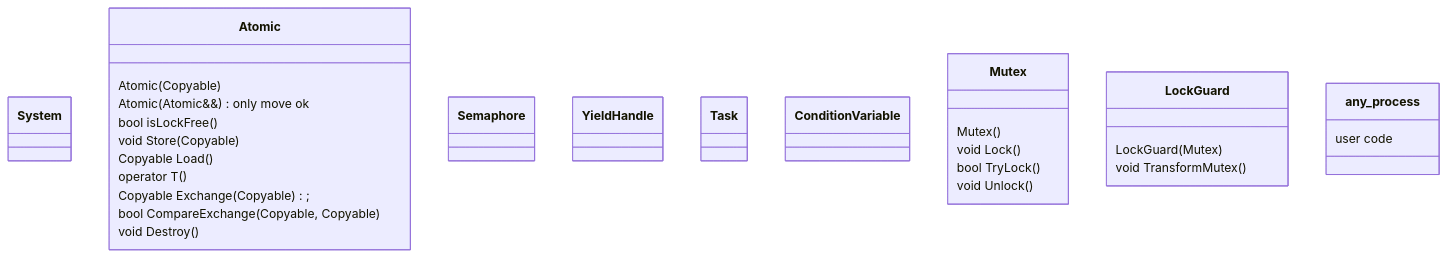
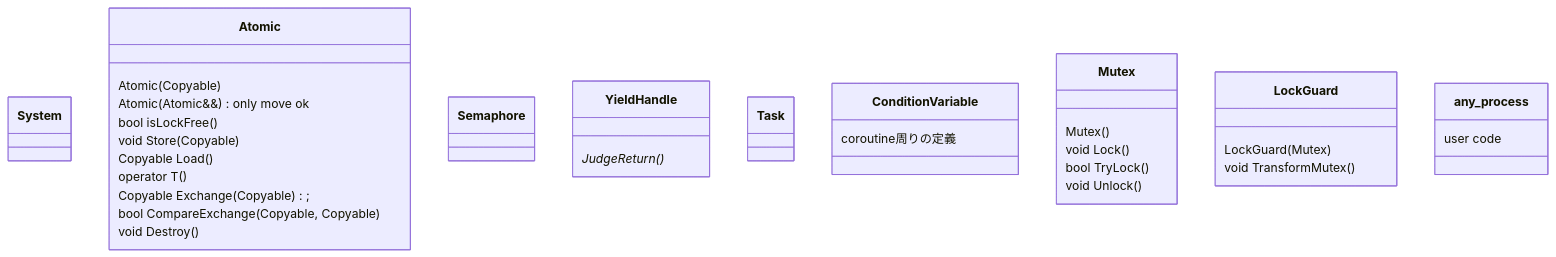
Before and after one commit to naga-karupi/stm32-OS: the diagram in design.md, drawn with Mermaid.

Commit message:
追記とフォーマット修正

````diff
--- a/design.md
+++ b/design.md
@@ -6,53 +6,53 @@
 ```mermaid
 classDiagram
 
-    class System{
+    class System {
         
     }
 
-    class Atomic{
+    class Atomic {
         Atomic(Copyable)
         Atomic(Atomic&&) only move ok
         bool isLockFree()
         void Store(Copyable)
         Copyable Load()
         operator T()
         Copyable Exchange(Copyable);
         bool CompareExchange(Copyable, Copyable)
         void Destroy()
 
     }
 
-    class Semaphore{
+    class Semaphore {
+        
+    }
+
+    class YieldHandle {
+        JudgeReturn()*
+    }
+
+    class Task {
 
     }
 
-    class YieldHandle{
-
+    class ConditionVariable {
+        coroutine周りの定義
     }
 
-    class Task{
-
-    }
-
-    class ConditionVariable{
-
-    }
-
-    class Mutex{
+    class Mutex {
         Mutex()
         void Lock()
         bool TryLock()
         void Unlock()
     }
 
-    class LockGuard{
+    class LockGuard {
         LockGuard(Mutex)
         void TransformMutex()
     }
 
-    class any_process{
+    class any_process {
         user code
     }
 
 ```
````
